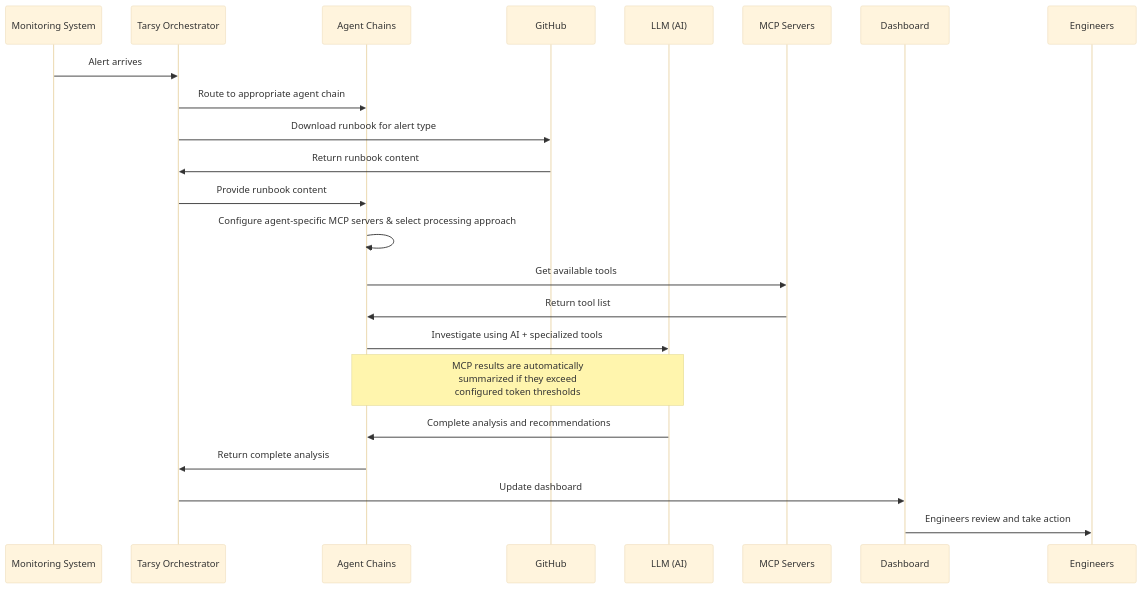
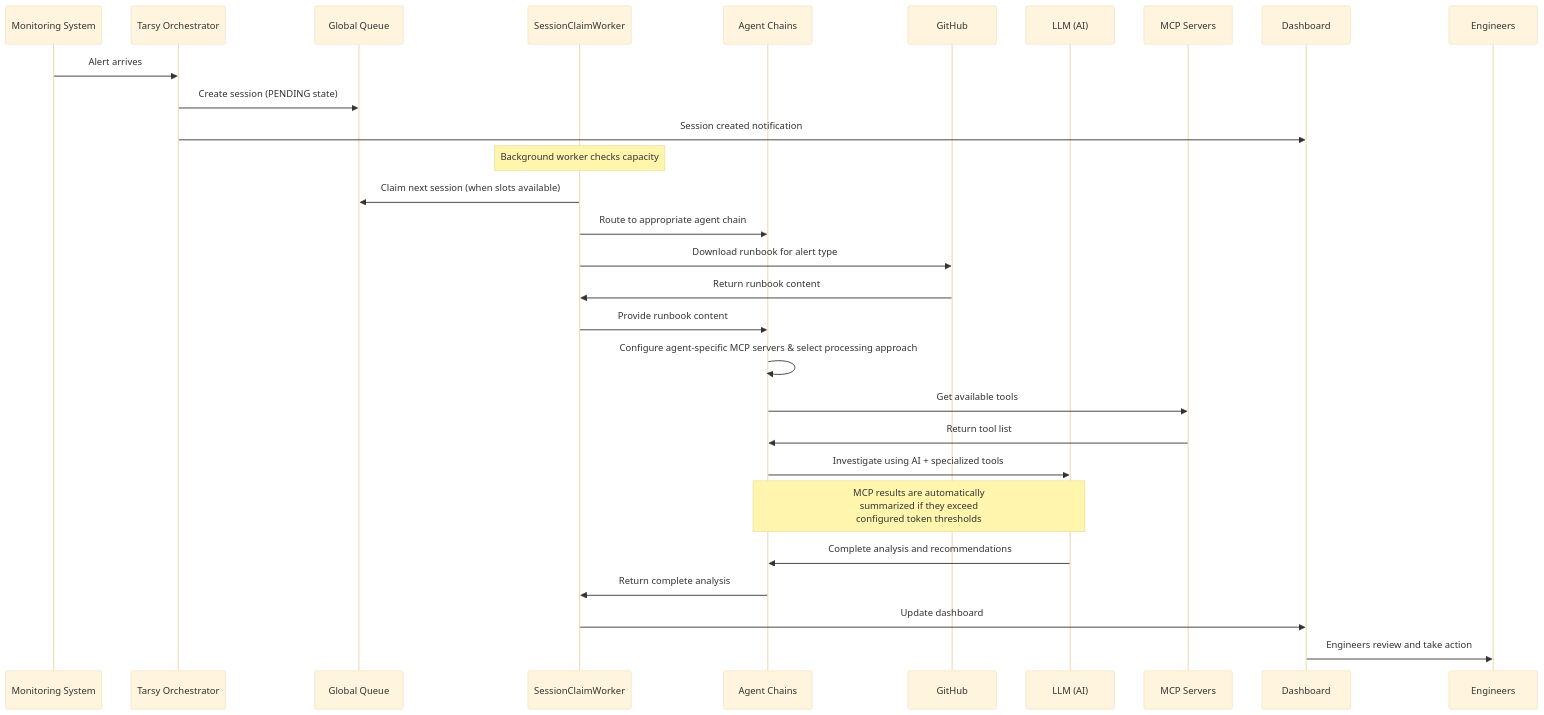
The second of 3 diagrams in docs/architecture-overview.md (rsoaresd/tarsy-bot), drawn with Mermaid (base theme) before and after one commit. The commit also changed other lines of this file and 32 other files, not shown here.

First line of the commit message:
Add queue management for Alert Sessions (#234)

````diff
--- a/docs/architecture-overview.md
+++ b/docs/architecture-overview.md
@@ -82,28 +84,35 @@
 ```mermaid
 sequenceDiagram
     participant M as Monitoring System
-    participant T as Tarsy Orchestrator  
+    participant T as Tarsy Orchestrator
+    participant Q as Global Queue
+    participant W as SessionClaimWorker
     participant A as Agent Chains
     participant R as GitHub
     participant L as LLM (AI)
     participant MCP as MCP Servers
     participant D as Dashboard
     participant E as Engineers
 
     M->>T: Alert arrives
-    T->>A: Route to appropriate agent chain
-    T->>R: Download runbook for alert type
-    R->>T: Return runbook content
-    T->>A: Provide runbook content
+    T->>Q: Create session (PENDING state)
+    T->>D: Session created notification
+    
+    Note over W: Background worker checks capacity
+    W->>Q: Claim next session (when slots available)
+    W->>A: Route to appropriate agent chain
+    W->>R: Download runbook for alert type
+    R->>W: Return runbook content
+    W->>A: Provide runbook content
     A->>A: Configure agent-specific MCP servers & select processing approach
     A->>MCP: Get available tools
     MCP->>A: Return tool list
     
     A->>L: Investigate using AI + specialized tools
     Note over A,L: MCP results are automatically<br/>summarized if they exceed<br/>configured token thresholds
     L->>A: Complete analysis and recommendations
     
-    A->>T: Return complete analysis
-    T->>D: Update dashboard
+    A->>W: Return complete analysis
+    W->>D: Update dashboard
     D->>E: Engineers review and take action
 ```
````
